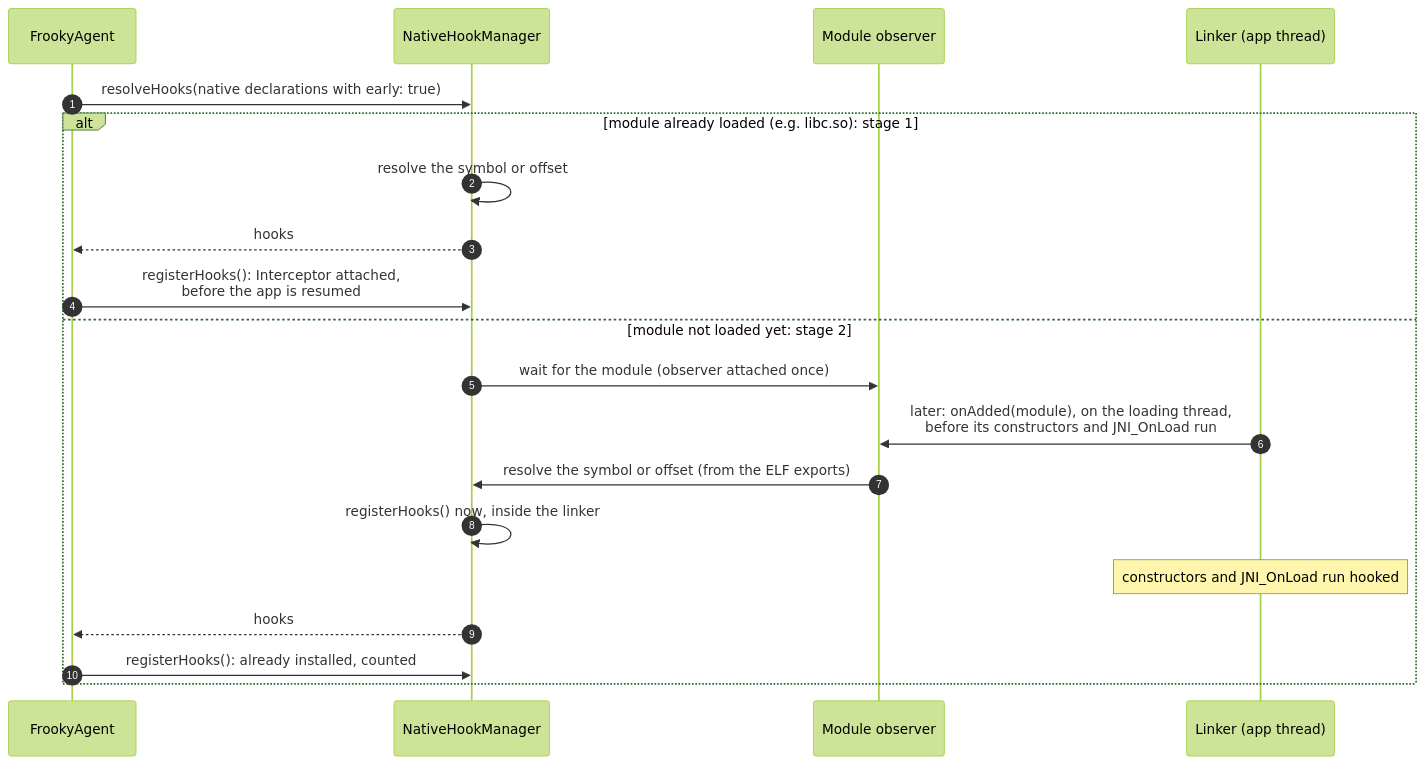
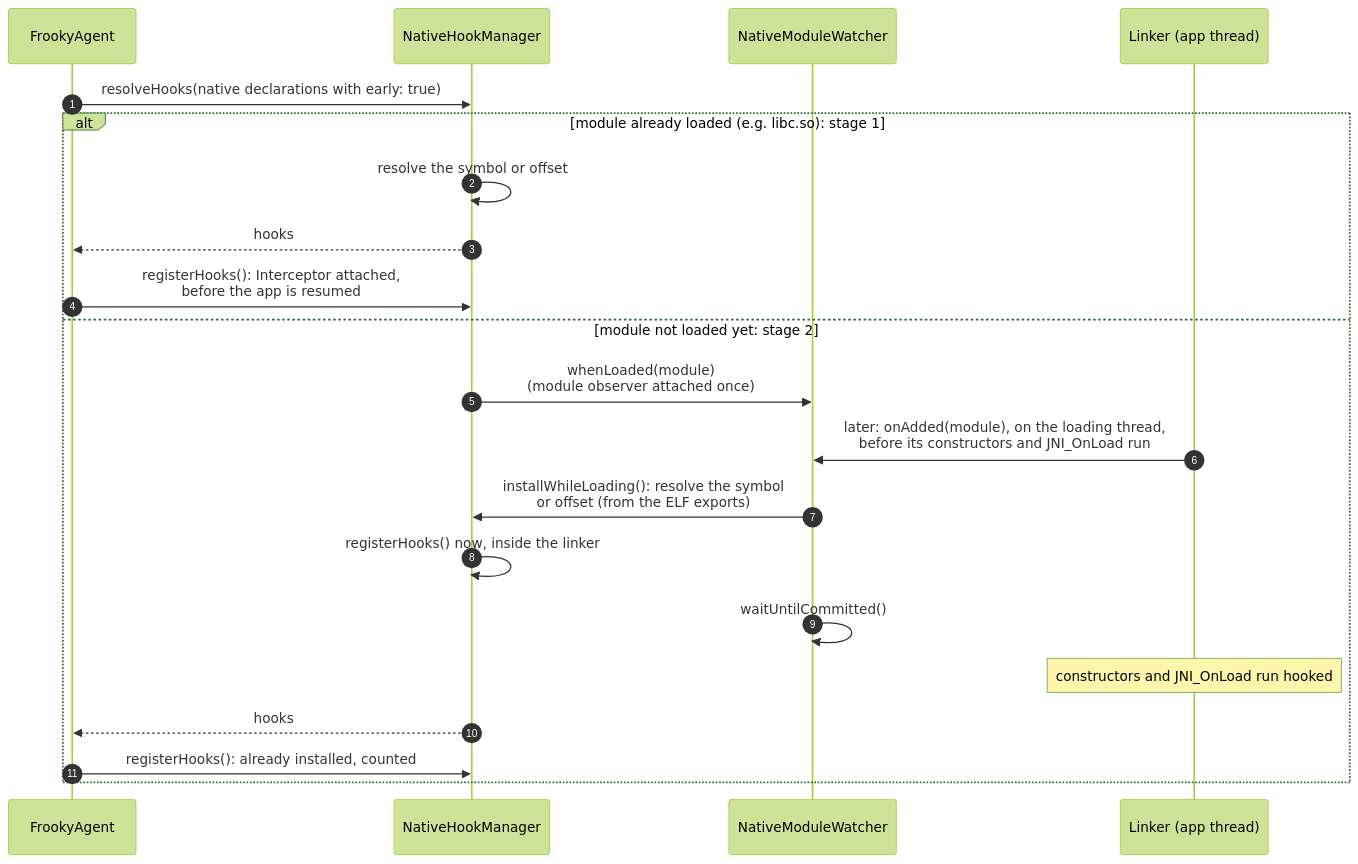
One commit to bernhste/frooky changed the seventh of 10 diagrams in docs/under-the-hood.md. Above: the diagram before and after it, drawn with Mermaid (forest theme). The commit also changed other lines of this file and 14 other files, not shown here.

````diff
--- a/docs/under-the-hood.md
+++ b/docs/under-the-hood.md
@@ -377,24 +385,25 @@
 ```mermaid
 sequenceDiagram
     autonumber
     participant FA as FrookyAgent
     participant NM as NativeHookManager
-    participant MO as Module observer
+    participant MO as NativeModuleWatcher
     participant LK as Linker (app thread)
 
     FA->>NM: resolveHooks(native declarations with early: true)
 
     alt module already loaded (e.g. libc.so): stage 1
         NM->>NM: resolve the symbol or offset
         NM-->>FA: hooks
         FA->>NM: registerHooks(): Interceptor attached,<br/>before the app is resumed
     else module not loaded yet: stage 2
-        NM->>MO: wait for the module (observer attached once)
+        NM->>MO: whenLoaded(module)<br/>(module observer attached once)
         LK->>MO: later: onAdded(module), on the loading thread,<br/>before its constructors and JNI_OnLoad run
-        MO->>NM: resolve the symbol or offset (from the ELF exports)
+        MO->>NM: installWhileLoading(): resolve the symbol<br/>or offset (from the ELF exports)
         NM->>NM: registerHooks() now, inside the linker
+        MO->>MO: waitUntilCommitted()
         Note over LK: constructors and JNI_OnLoad run hooked
         NM-->>FA: hooks
         FA->>NM: registerHooks(): already installed, counted
     end
 ```
````
